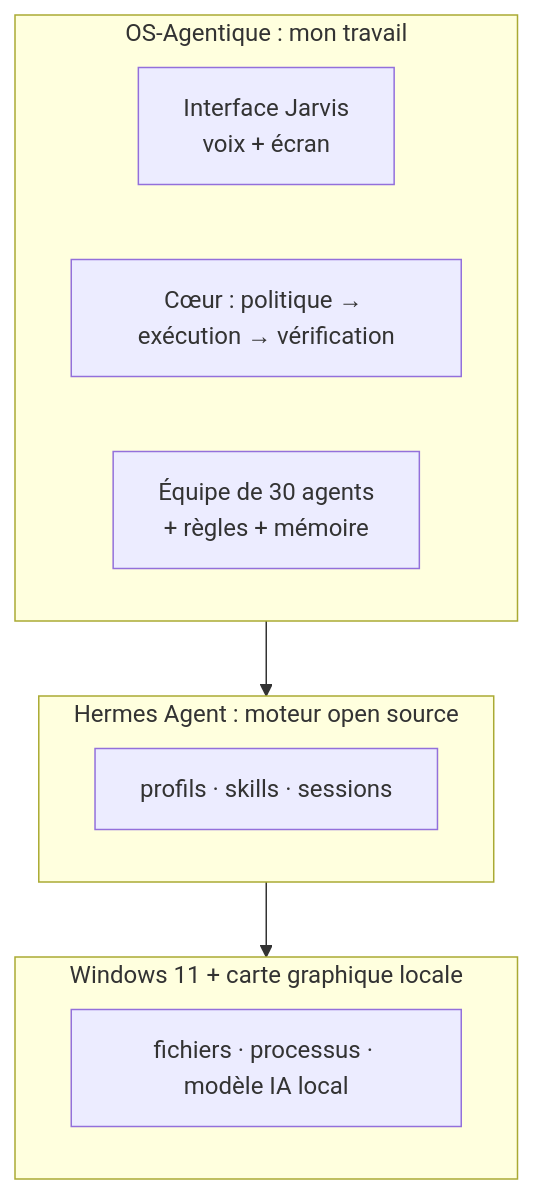
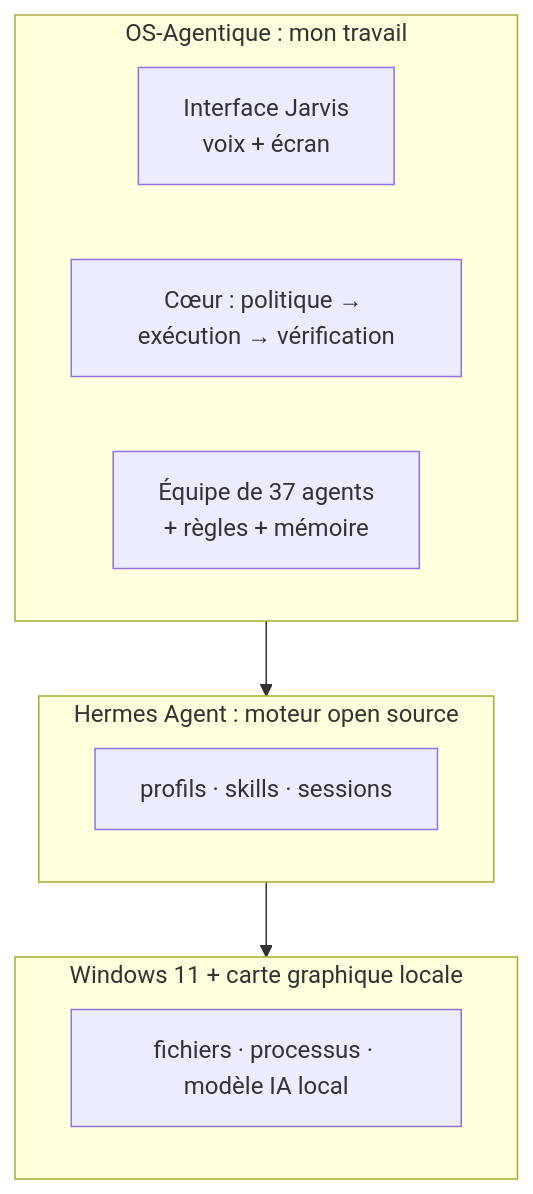
Before and after one commit to Dow08/OS-Agentique_showcase: the second of 3 diagrams in docs/fr/conception.md, drawn with Mermaid. The commit also changed 18 other files, not shown here.

````diff
--- a/docs/fr/conception.md
+++ b/docs/fr/conception.md
@@ -35,16 +35,16 @@
 ```mermaid
 flowchart TB
     subgraph L3["OS-Agentique : mon travail"]
         direction LR
         U["Interface Jarvis<br/>voix + écran"]
         CORE["Cœur : politique → exécution → vérification"]
-        TEAM["Équipe de 30 agents<br/>+ règles + mémoire"]
+        TEAM["Équipe de 37 agents<br/>+ règles + mémoire"]
     end
     subgraph L2["Hermes Agent : moteur open source"]
         E["profils · skills · sessions"]
     end
     subgraph L1["Windows 11 + carte graphique locale"]
         W["fichiers · processus · modèle IA local"]
     end
     L3 --> L2 --> L1
 ```
````
